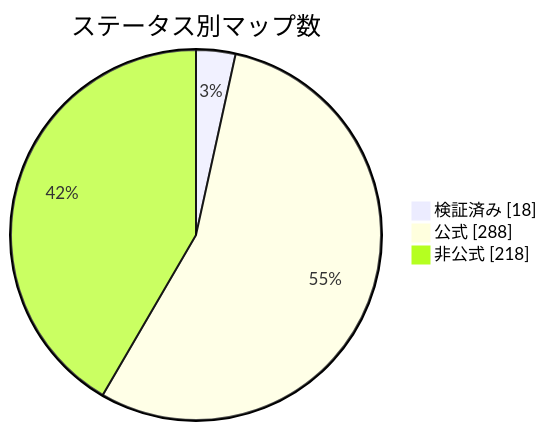
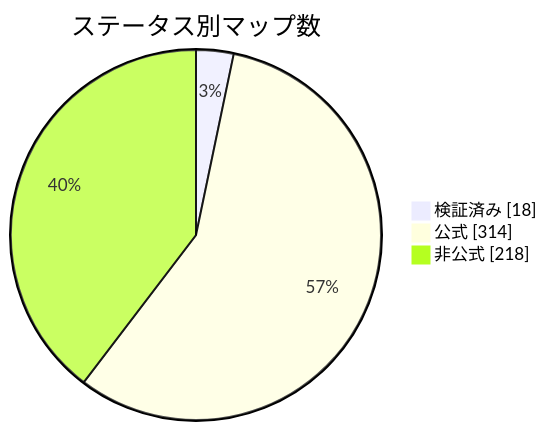
One commit to nobrega8/mbmap-library changed the diagram in docs/readme/README_JP.md. Above: the diagram before and after it, drawn with Mermaid. The commit also changed 31 other files, not shown here.

````diff
--- a/docs/readme/README_JP.md
+++ b/docs/readme/README_JP.md
@@ -54,7 +54,7 @@
 ```mermaid
 pie showData
     title ステータス別マップ数
     "検証済み" : 18
-    "公式" : 288
+    "公式" : 314
     "非公式" : 218
 ```
````
